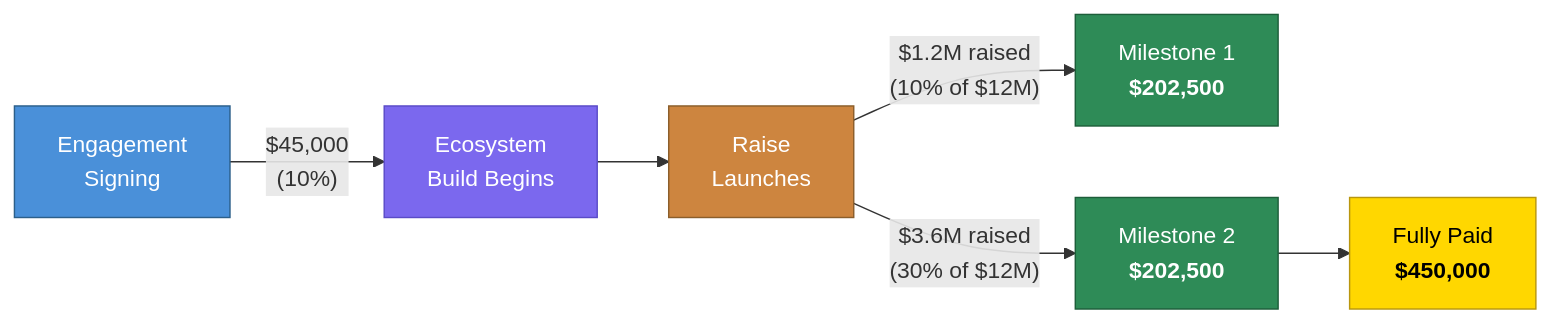
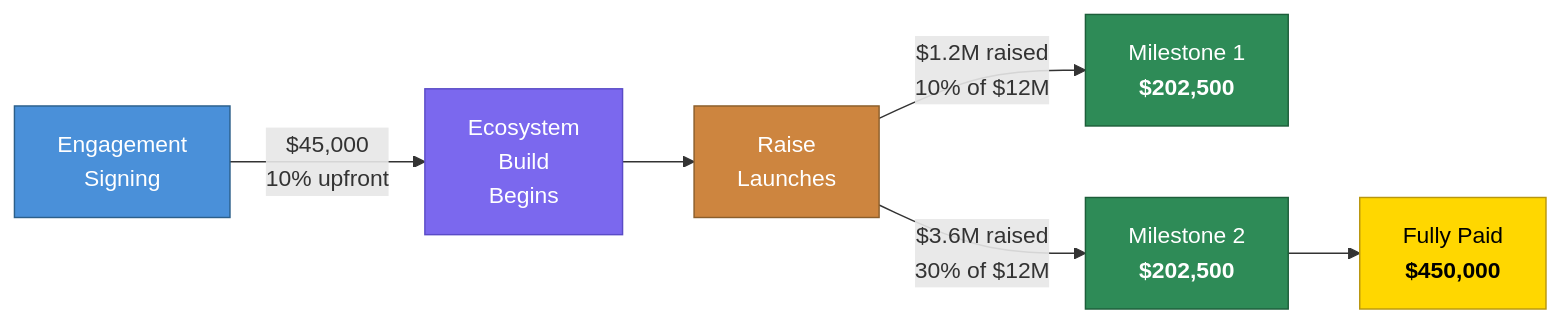
The third of 11 diagrams in brands-reorg/cho-ventures-ai/spec/pricing/final-pricing-strategy.md (Light-Brands/brand-factory), drawn with Mermaid before and after one commit. The commit also changed other lines of this file and 1 other file, not shown here.

First line of the commit message:
Fix Mermaid diagram text wrapping to prevent label cutoff

````diff
--- a/brands-reorg/cho-ventures-ai/spec/pricing/final-pricing-strategy.md
+++ b/brands-reorg/cho-ventures-ai/spec/pricing/final-pricing-strategy.md
@@ -318,15 +318,15 @@
 ```mermaid
 flowchart LR
-    SIGN["Engagement<br/>Signing"] -->|"$45,000<br/>(10%)"| BUILD["Ecosystem<br/>Build Begins"]
+    SIGN["Engagement<br/>Signing"] -->|"$45,000<br/>10% upfront"| BUILD["Ecosystem<br/>Build<br/>Begins"]
     BUILD --> RAISE["Raise<br/>Launches"]
-    RAISE -->|"$1.2M raised<br/>(10% of $12M)"| M1["Milestone 1<br/><b>$202,500</b>"]
-    RAISE -->|"$3.6M raised<br/>(30% of $12M)"| M2["Milestone 2<br/><b>$202,500</b>"]
+    RAISE -->|"$1.2M raised<br/>10% of $12M"| M1["Milestone 1<br/><b>$202,500</b>"]
+    RAISE -->|"$3.6M raised<br/>30% of $12M"| M2["Milestone 2<br/><b>$202,500</b>"]
     M2 --> FULL["Fully Paid<br/><b>$450,000</b>"]
 
     style SIGN fill:#4A90D9,stroke:#2C5F8A,color:#fff
     style BUILD fill:#7B68EE,stroke:#5A4BC7,color:#fff
     style RAISE fill:#CD853F,stroke:#8B5E2B,color:#fff
     style M1 fill:#2E8B57,stroke:#1D5E3A,color:#fff
     style M2 fill:#2E8B57,stroke:#1D5E3A,color:#fff
     style FULL fill:#FFD700,stroke:#B8960F,color:#000
 ```
````
